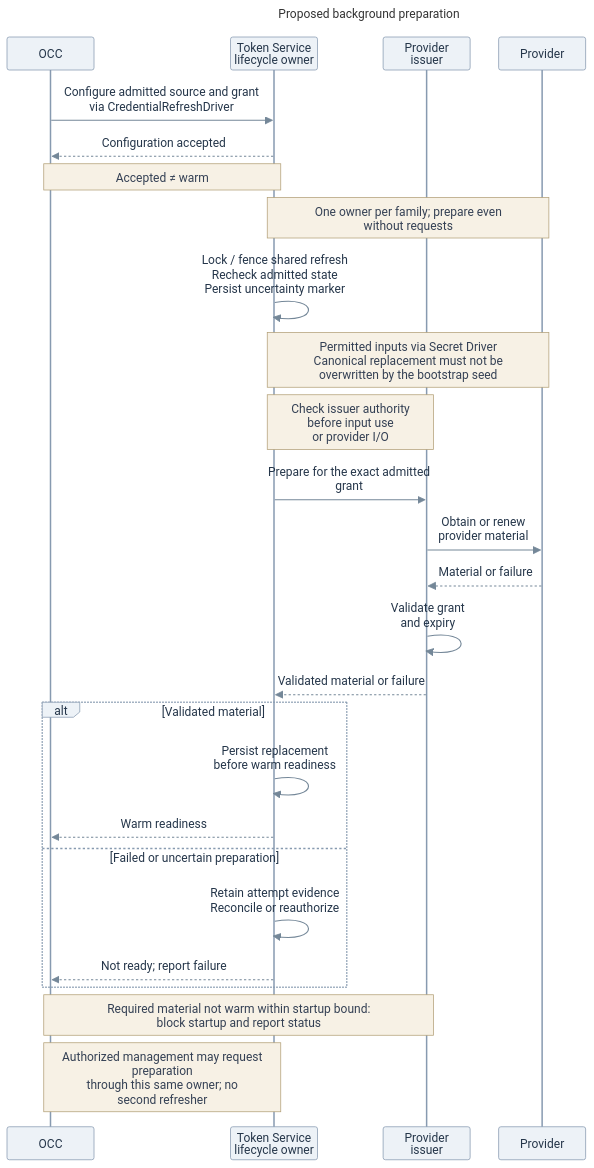
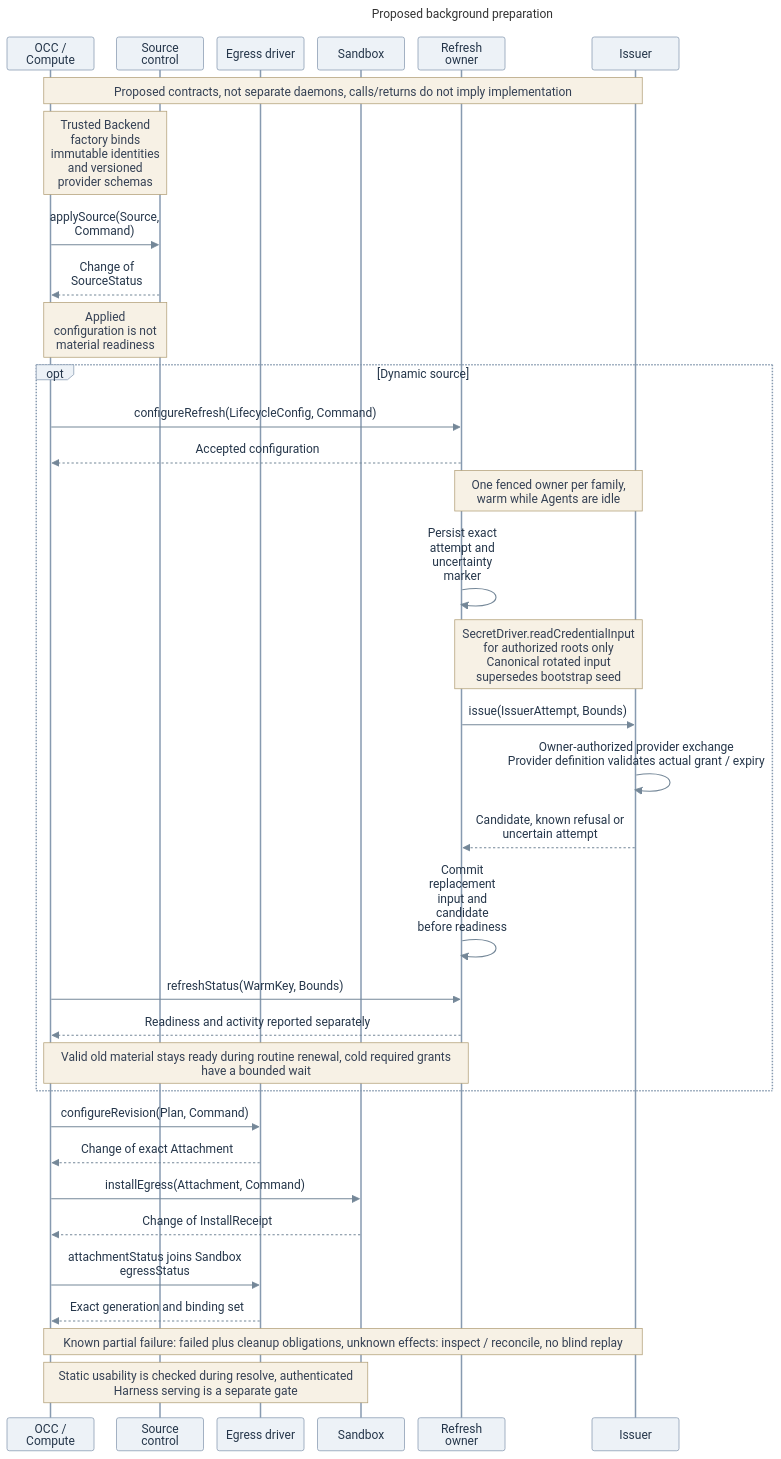
The diagram in specs/rfcs/0019-egress-proxy-credential-lifecycle/assets/configuration-warmup.mmd (freeqaz-openai/openclaw-enterprise), drawn with Mermaid before and after one commit. The commit also changed 22 other files, not shown here.

Commit message:
docs(rfc): define replacement egress and credential interfaces

```diff
--- a/specs/rfcs/0019-egress-proxy-credential-lifecycle/assets/configuration-warmup.mmd
+++ b/specs/rfcs/0019-egress-proxy-credential-lifecycle/assets/configuration-warmup.mmd
@@ -1,53 +1,62 @@
 ---
 title: "Proposed background preparation"
 config:
   theme: base
+  htmlLabels: true
   themeVariables:
     fontFamily: "Arial, sans-serif"
     fontSize: "16px"
     actorBkg: "#EDF2F7"
     actorBorder: "#879AB0"
     actorTextColor: "#25364A"
     noteBkgColor: "#F7F1E5"
     noteBorderColor: "#B3A078"
     noteTextColor: "#344054"
     signalColor: "#748798"
     signalTextColor: "#25364A"
   sequence:
     useMaxWidth: false
     actorMargin: 18
     width: 116
     height: 44
     diagramMarginX: 12
     diagramMarginY: 12
     messageMargin: 16
     noteMargin: 8
     mirrorActors: true
     wrap: true
 ---
 sequenceDiagram
-  participant C as OCC
-  participant L as Token Service<br/>lifecycle owner
-  participant I as Provider issuer
-  participant P as Provider
-  C->>L: Configure admitted source and grant<br/>via CredentialRefreshDriver
-  L-->>C: Configuration accepted
-  Note over C,L: Accepted ≠ warm
-  Note over L,P: One owner per family#59; prepare even without requests
-  L->>L: Lock / fence shared refresh<br/>Recheck admitted state<br/>Persist uncertainty marker
-  Note over L,P: Permitted inputs via Secret Driver<br/>Canonical replacement must not be<br/>overwritten by the bootstrap seed
-  Note over L,I: Check issuer authority<br/>before input use<br/>or provider I/O
-  L->>I: Prepare for the exact admitted grant
-  I->>P: Obtain or renew provider material
-  P-->>I: Material or failure
-  I->>I: Validate grant<br/>and expiry
-  I-->>L: Validated material or failure
-  alt Validated material
-    L->>L: Persist replacement<br/>before warm readiness
-    L-->>C: Warm readiness
-  else Failed or uncertain preparation
-    L->>L: Retain attempt evidence<br/>Reconcile or reauthorize
-    L-->>C: Not ready#59; report failure
+  participant C as OCC / Compute
+  participant S as Source control
+  participant E as Egress driver
+  participant B as Sandbox
+  participant L as Refresh owner
+  participant I as Issuer
+  Note over C,I: Proposed contracts, not separate daemons, calls/returns do not imply implementation
+  Note over C,S: Trusted Backend factory binds immutable identities and versioned provider schemas
+  C->>S: applySource(Source, Command)
+  S-->>C: Change of SourceStatus
+  Note over C,S: Applied configuration is not material readiness
+  opt Dynamic source
+    C->>L: configureRefresh(LifecycleConfig, Command)
+    L-->>C: Accepted configuration
+    Note over L,I: One fenced owner per family, warm while Agents are idle
+    L->>L: Persist exact attempt and uncertainty marker
+    Note over L,I: SecretDriver.readCredentialInput for authorized roots only<br/>Canonical rotated input supersedes bootstrap seed
+    L->>I: issue(IssuerAttempt, Bounds)
+    I->>I: Owner-authorized provider exchange<br/>Provider definition validates actual grant / expiry
+    I-->>L: Candidate, known refusal or uncertain attempt
+    L->>L: Commit replacement input and candidate before readiness
+    C->>L: refreshStatus(WarmKey, Bounds)
+    L-->>C: Readiness and activity reported separately
+    Note over C,L: Valid old material stays ready during routine renewal, cold required grants have a bounded wait
   end
-  Note over C,I: Required material not warm within startup bound:<br/>block startup and report status
-  Note over C,L: Authorized management may request preparation<br/>through this same owner#59; no second refresher
+  C->>E: configureRevision(Plan, Command)
+  E-->>C: Change of exact Attachment
+  C->>B: installEgress(Attachment, Command)
+  B-->>C: Change of InstallReceipt
+  C->>E: attachmentStatus joins Sandbox egressStatus
+  E-->>C: Exact generation and binding set
+  Note over C,I: Known partial failure: failed plus cleanup obligations, unknown effects: inspect / reconcile, no blind replay
+  Note over C,B: Static usability is checked during resolve, authenticated Harness serving is a separate gate
```
